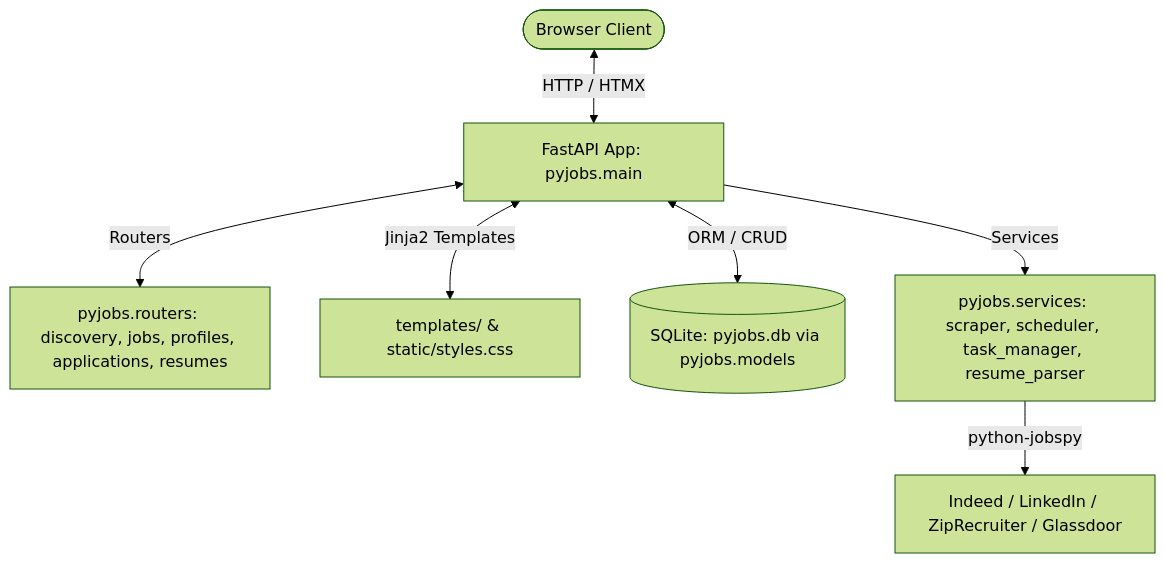
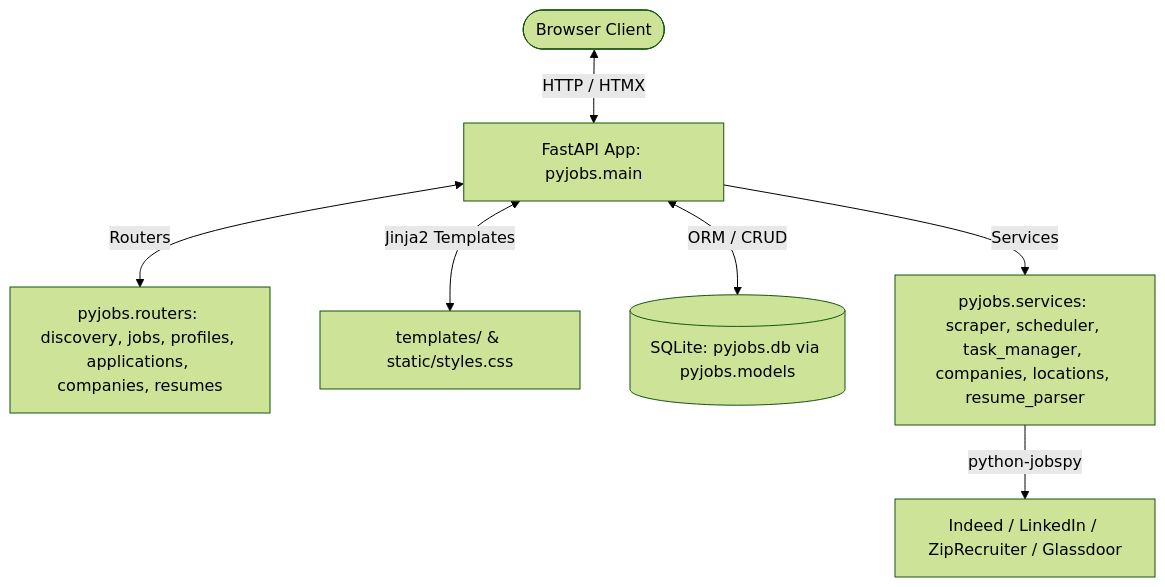
Before and after one commit to DCarist/PyJobs: the diagram in project-overview.md, drawn with Mermaid (forest theme). The commit also changed other lines of this file and 29 other files, not shown here.

````diff
--- a/project-overview.md
+++ b/project-overview.md
@@ -21,9 +21,9 @@
 ```mermaid
 graph TD
     User([Browser Client]) <-->|HTTP / HTMX| FastAPI[FastAPI App: pyjobs.main]
-    FastAPI <-->|Routers| Routers[pyjobs.routers: discovery, jobs, profiles, applications, resumes]
+    FastAPI <-->|Routers| Routers[pyjobs.routers: discovery, jobs, profiles, applications, companies, resumes]
     FastAPI <-->|Jinja2 Templates| UI[templates/ & static/styles.css]
     FastAPI <-->|ORM / CRUD| DB[(SQLite: pyjobs.db via pyjobs.models)]
-    FastAPI -->|Services| Services[pyjobs.services: scraper, scheduler, task_manager, resume_parser]
+    FastAPI -->|Services| Services[pyjobs.services: scraper, scheduler, task_manager, companies, locations, resume_parser]
     Services -->|python-jobspy| Sites["Indeed / LinkedIn / ZipRecruiter / Glassdoor"]
 ```
````
